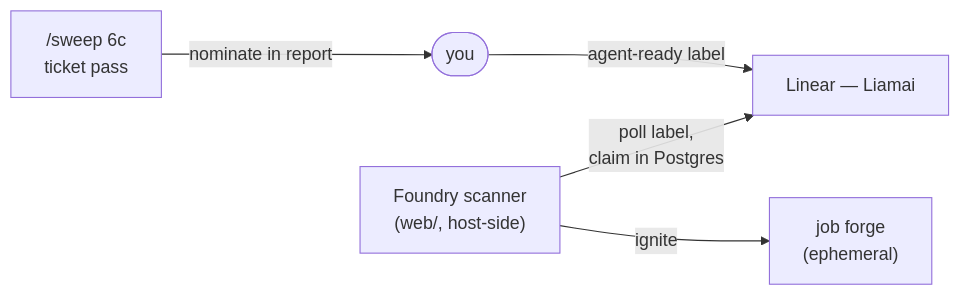
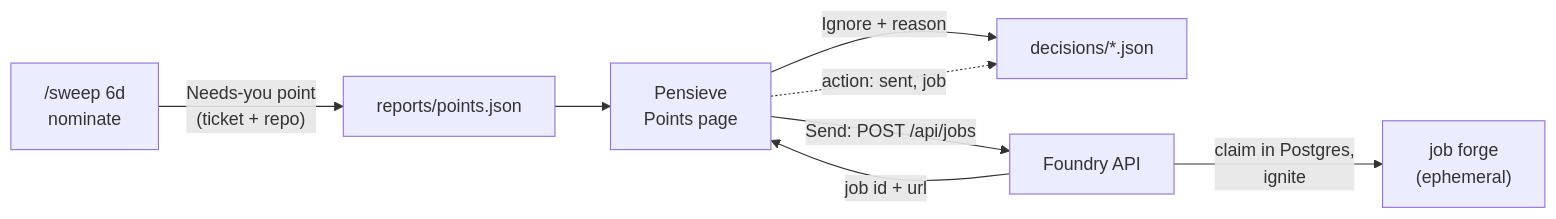
Before and after one commit to d0nwong/citadel: the fourth of 4 diagrams in apps/argus/README.md, drawn with Mermaid. The commit also changed other lines of this file and 6 other files, not shown here.

````diff
--- a/apps/argus/README.md
+++ b/apps/argus/README.md
@@ -260,7 +267,10 @@
 ```mermaid
 flowchart LR
-    sweep["/sweep 6c<br/>ticket pass"] -- "nominate in report" --> you(["you"])
-    you -- "agent-ready label" --> linear["Linear — Liamai"]
-    scanner["Foundry scanner<br/>(web/, host-side)"] -- "poll label,<br/>claim in Postgres" --> linear
-    scanner -- "ignite" --> forge["job forge<br/>(ephemeral)"]
+    sweep["/sweep 6d<br/>nominate"] -- "Needs-you point<br/>(ticket + repo)" --> points["reports/points.json"]
+    points --> pensieve["Pensieve<br/>Points page"]
+    pensieve -- "Ignore + reason" --> decisions["decisions/*.json"]
+    pensieve -- "Send: POST /api/jobs" --> foundry["Foundry API"]
+    foundry -- "job id + url" --> pensieve
+    pensieve -. "action: sent, job" .-> decisions
+    foundry -- "claim in Postgres,<br/>ignite" --> forge["job forge<br/>(ephemeral)"]
 ```
````
